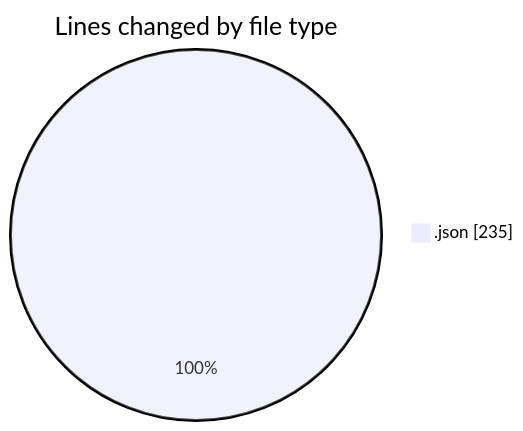
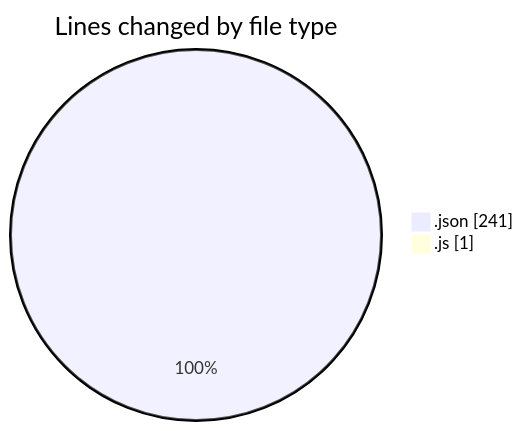
Before and after one commit to momahboobian/code-tracking: the first of 2 diagrams in 2025-05-12/news-clock-system-caspercg/README.md, drawn with Mermaid. The commit also changed other lines of this file and 1 other file, not shown here.

````diff
--- a/2025-05-12/news-clock-system-caspercg/README.md
+++ b/2025-05-12/news-clock-system-caspercg/README.md
@@ -21,5 +22,6 @@
 ```mermaid
 pie showData
 title Lines changed by file type
-".json" : 235
+".json" : 241
+".js" : 1
 ```
````
